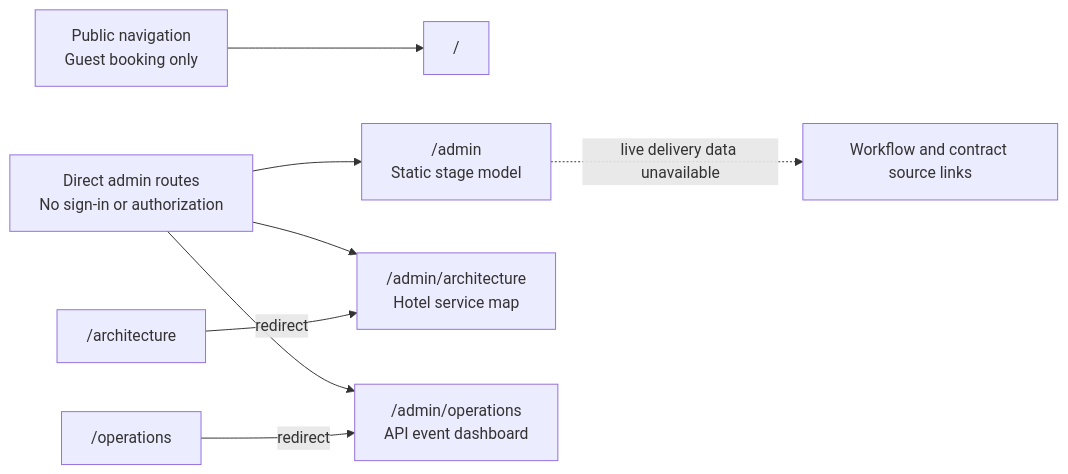
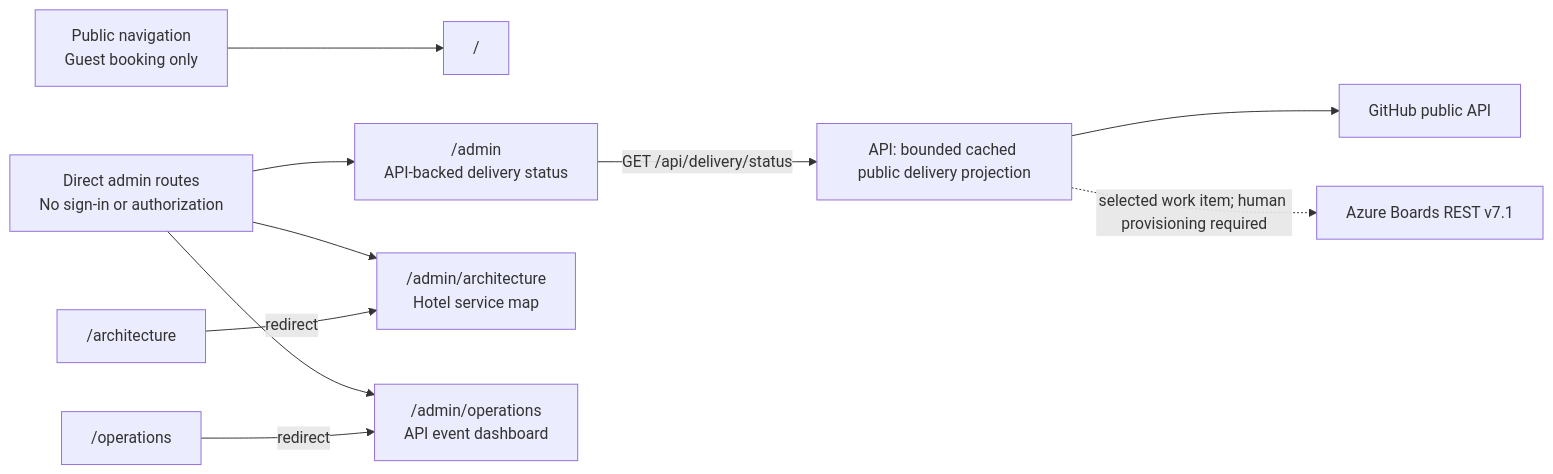
The second of 2 diagrams in docs/development-pipeline/README.md (cihanduruer/agentic-development), drawn with Mermaid before and after one commit. The commit also changed other lines of this file and 27 other files, not shown here.

Commit message:
Implement AB#965 live delivery status

````diff
--- a/docs/development-pipeline/README.md
+++ b/docs/development-pipeline/README.md
@@ -38,10 +38,12 @@
 ```mermaid
 flowchart LR
     PUBLIC["Public navigation<br/>Guest booking only"] --> HOME["/"]
-    DIRECT["Direct admin routes<br/>No sign-in or authorization"] --> OVERVIEW["/admin<br/>Static stage model"]
+    DIRECT["Direct admin routes<br/>No sign-in or authorization"] --> OVERVIEW["/admin<br/>API-backed delivery status"]
     DIRECT --> ARCH["/admin/architecture<br/>Hotel service map"]
     DIRECT --> OPS["/admin/operations<br/>API event dashboard"]
     OLD1["/architecture"] -->|redirect| ARCH
     OLD2["/operations"] -->|redirect| OPS
-    OVERVIEW -. "live delivery data unavailable" .-> SOURCES["Workflow and contract source links"]
+    OVERVIEW -->|GET /api/delivery/status| STATUS["API: bounded cached public delivery projection"]
+    STATUS --> GH["GitHub public API"]
+    STATUS -. selected work item; human provisioning required .-> BOARDS["Azure Boards REST v7.1"]
 ```
````
